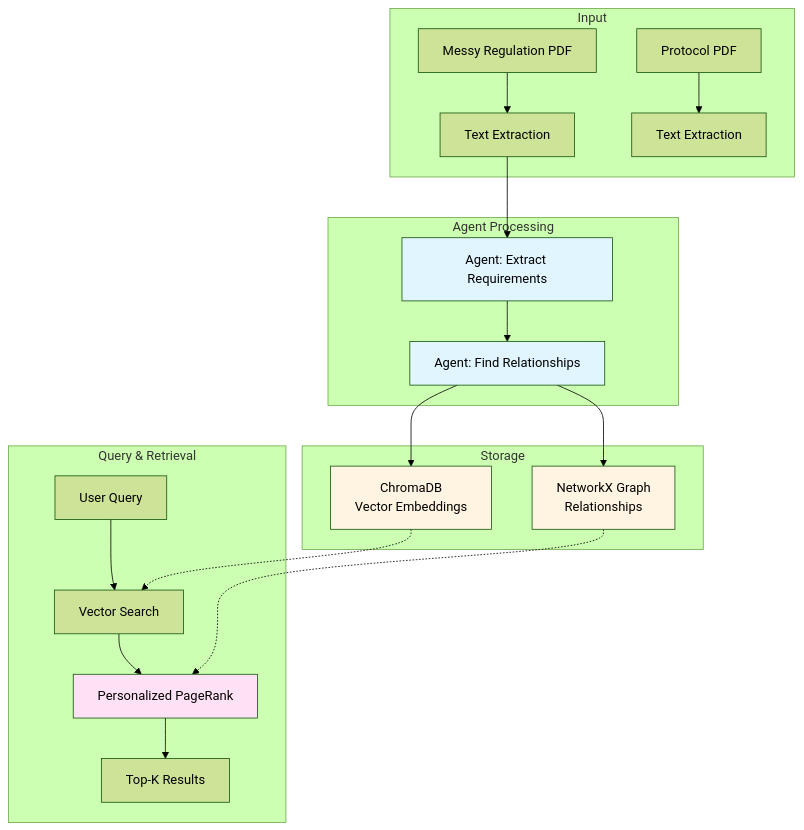
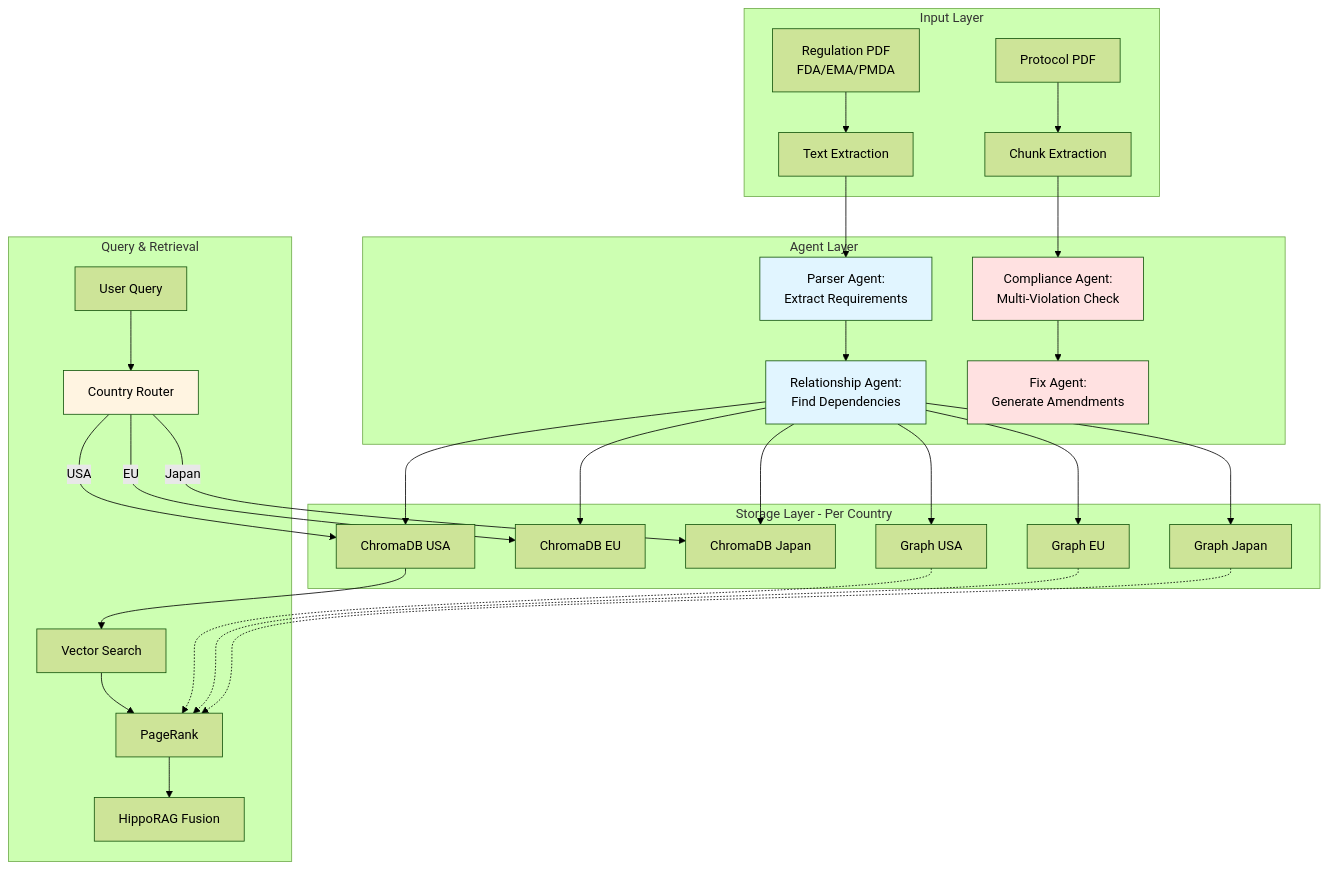
One commit to vardhanshorewala/harmoniq changed the first of 3 diagrams in backend-fastapi/README.md. Above: the diagram before and after it, drawn with Mermaid (forest theme). The commit also changed other lines of this file and 9 other files, not shown here.

````diff
--- a/backend-fastapi/README.md
+++ b/backend-fastapi/README.md
@@ -15,31 +43,42 @@
 ```mermaid
 graph TB
-    subgraph "Input"
-        A[Messy Regulation PDF] --> B[Text Extraction]
-        C[Protocol PDF] --> D[Text Extraction]
+    subgraph "Input Layer"
+        A[Regulation PDF<br/>FDA/EMA/PMDA] --> B[Text Extraction]
+        C[Protocol PDF] --> D[Chunk Extraction]
     end
     
-    subgraph "Agent Processing"
-        B --> E[Agent: Extract Requirements]
-        E --> F[Agent: Find Relationships]
+    subgraph "Agent Layer"
+        B --> E[Parser Agent:<br/>Extract Requirements]
+        E --> F[Relationship Agent:<br/>Find Dependencies]
+        D --> G[Compliance Agent:<br/>Multi-Violation Check]
+        G --> H[Fix Agent:<br/>Generate Amendments]
     end
     
-    subgraph "Storage"
-        F --> G[ChromaDB<br/>Vector Embeddings]
-        F --> H[NetworkX Graph<br/>Relationships]
+    subgraph "Storage Layer - Per Country"
+        F --> I[ChromaDB USA]
+        F --> J[ChromaDB EU]
+        F --> K[ChromaDB Japan]
+        F --> L[Graph USA]
+        F --> M[Graph EU]
+        F --> N[Graph Japan]
     end
     
     subgraph "Query & Retrieval"
-        I[User Query] --> J[Vector Search]
-        J --> K[Personalized PageRank]
-        K --> L[Top-K Results]
-        G -.-> J
-        H -.-> K
+        O[User Query] --> P[Country Router]
+        P -->|USA| I
+        P -->|EU| J
+        P -->|Japan| K
+        I --> Q[Vector Search]
+        Q --> R[PageRank]
+        R --> S[HippoRAG Fusion]
+        L -.-> R
+        M -.-> R
+        N -.-> R
     end
     
     style E fill:#e1f5ff
     style F fill:#e1f5ff
-    style G fill:#fff4e1
-    style H fill:#fff4e1
-    style K fill:#ffe1f5
+    style G fill:#ffe1e1
+    style H fill:#ffe1e1
+    style P fill:#fff4e1
 ```
````
